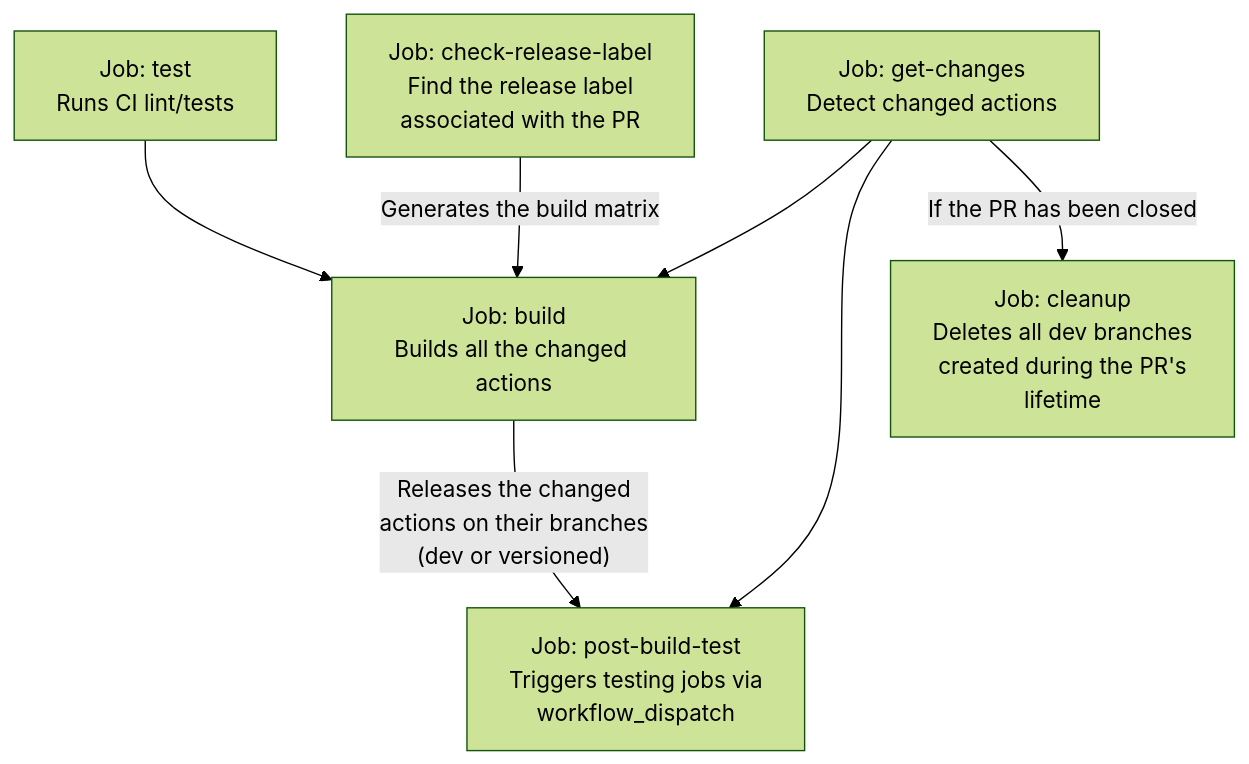
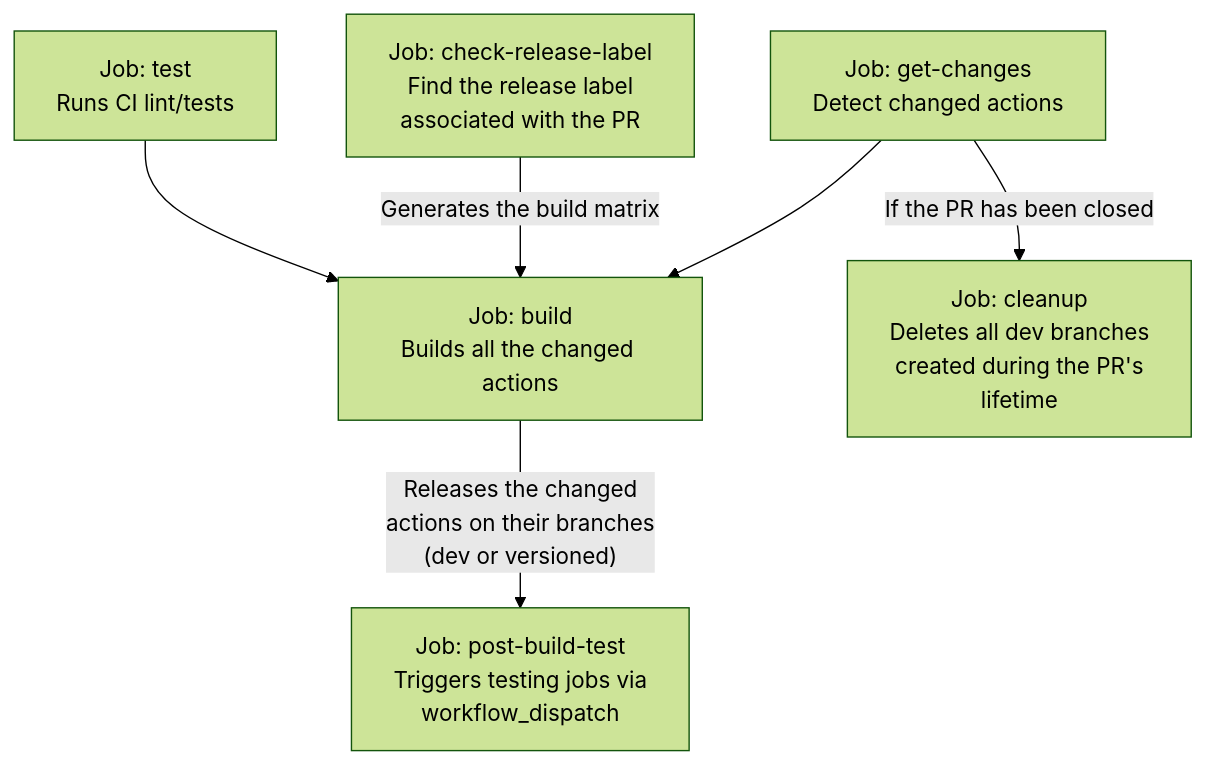
The diagram in README.md (cmaster11/gha), drawn with Mermaid (forest theme) before and after one commit. The commit also changed 5 other files, not shown here.

````diff
--- a/README.md
+++ b/README.md
@@ -10,18 +10,17 @@
 ```mermaid
 flowchart
   test["Job: test\nRuns CI lint/tests"]
+  check-release-label["Job: check-release-label\nFind the release label\nassociated with the PR"]
   get-changes["Job: get-changes\nDetect changed actions"]
-  check-release-label["Job: check-release-label\nFind the release label\nassociated with the PR"]
   build["Job: build\nBuilds all the changed actions"]
   
   test --> build
   get-changes --> build
   check-release-label -- Generates the build matrix --> build
 
   post-build-test["Job: post-build-test\nTriggers testing jobs via\nworkflow_dispatch"]
   build -- "Releases the changed\nactions on their branches\n(dev or versioned)" --> post-build-test
-  get-changes --> post-build-test
 
   cleanup["Job: cleanup\nDeletes all dev branches\ncreated during the PR's\nlifetime"]
   get-changes -- If the PR has been closed --> cleanup
 ```
````
